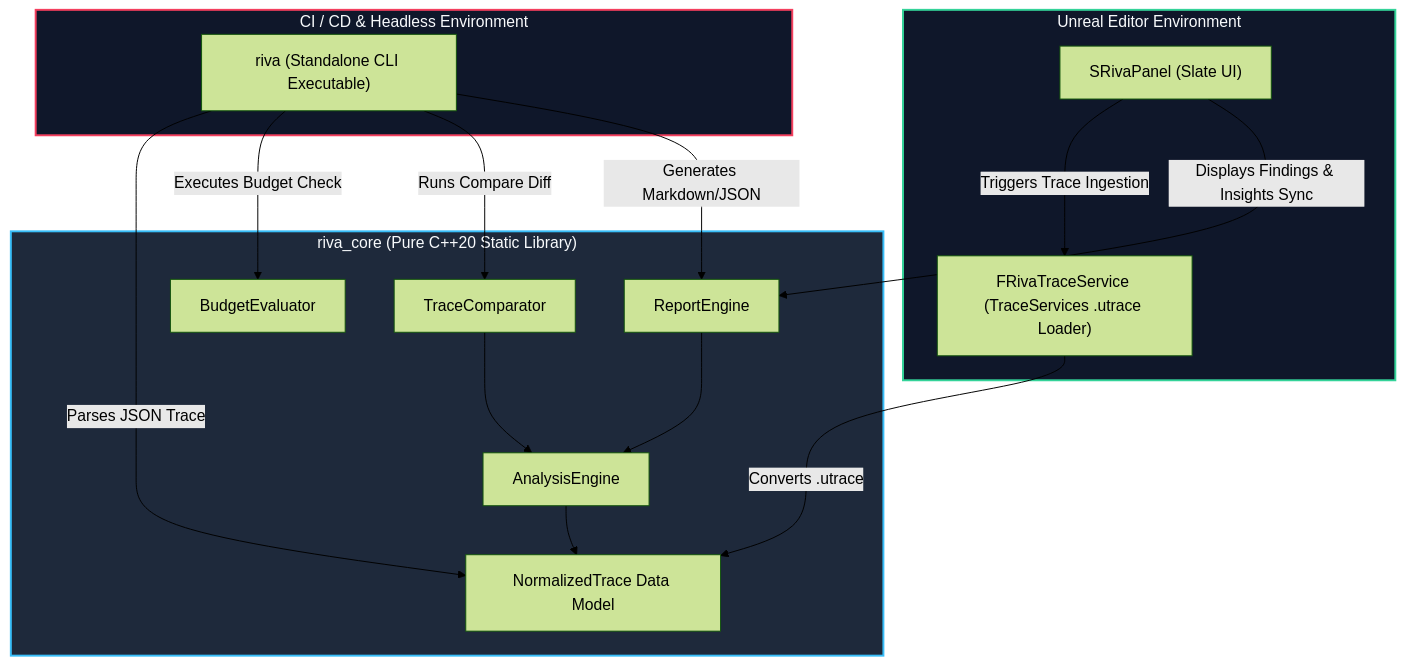
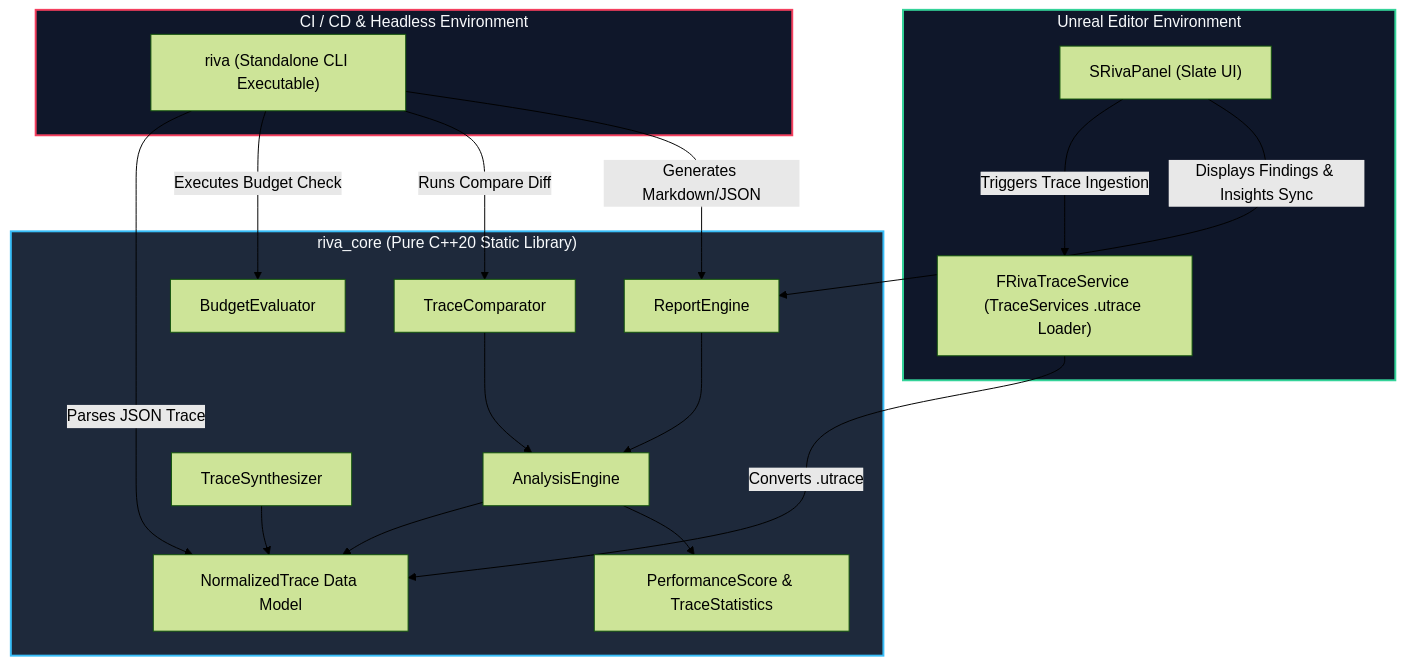
Before and after one commit to DarwinStylish/Riva: the first of 2 diagrams in docs/architecture/system-overview.md, drawn with Mermaid (forest theme). The commit also changed other lines of this file and 47 other files, not shown here.

````diff
--- a/docs/architecture/system-overview.md
+++ b/docs/architecture/system-overview.md
@@ -11,35 +11,39 @@
 ```mermaid
 graph TD
     subgraph UE_Plugin["Unreal Editor Environment"]
         UI["SRivaPanel (Slate UI)"]
         TS["FRivaTraceService (TraceServices .utrace Loader)"]
         UI -->|Triggers Trace Ingestion| TS
     end
 
     subgraph CLI_Env["CI / CD & Headless Environment"]
         CLI["riva (Standalone CLI Executable)"]
     end
 
     subgraph Core_Lib["riva_core (Pure C++20 Static Library)"]
         NT["NormalizedTrace Data Model"]
         AE["AnalysisEngine"]
         TC["TraceComparator"]
         BE["BudgetEvaluator"]
         RE["ReportEngine"]
+        TSy["TraceSynthesizer"]
+        PS["PerformanceScore & TraceStatistics"]
         
         AE --> NT
+        AE --> PS
         TC --> AE
         RE --> AE
+        TSy --> NT
     end
 
     TS -->|Converts .utrace| NT
     CLI -->|Parses JSON Trace| NT
     CLI -->|Executes Budget Check| BE
     CLI -->|Runs Compare Diff| TC
     CLI -->|Generates Markdown/JSON| RE
     UI -->|Displays Findings & Insights Sync| RE
 
     style Core_Lib fill:#1E293B,stroke:#38BDF8,stroke-width:2px,color:#F8FAFC
     style UE_Plugin fill:#0F172A,stroke:#34D399,stroke-width:2px,color:#F8FAFC
     style CLI_Env fill:#0F172A,stroke:#F43F5E,stroke-width:2px,color:#F8FAFC
 ```
````
